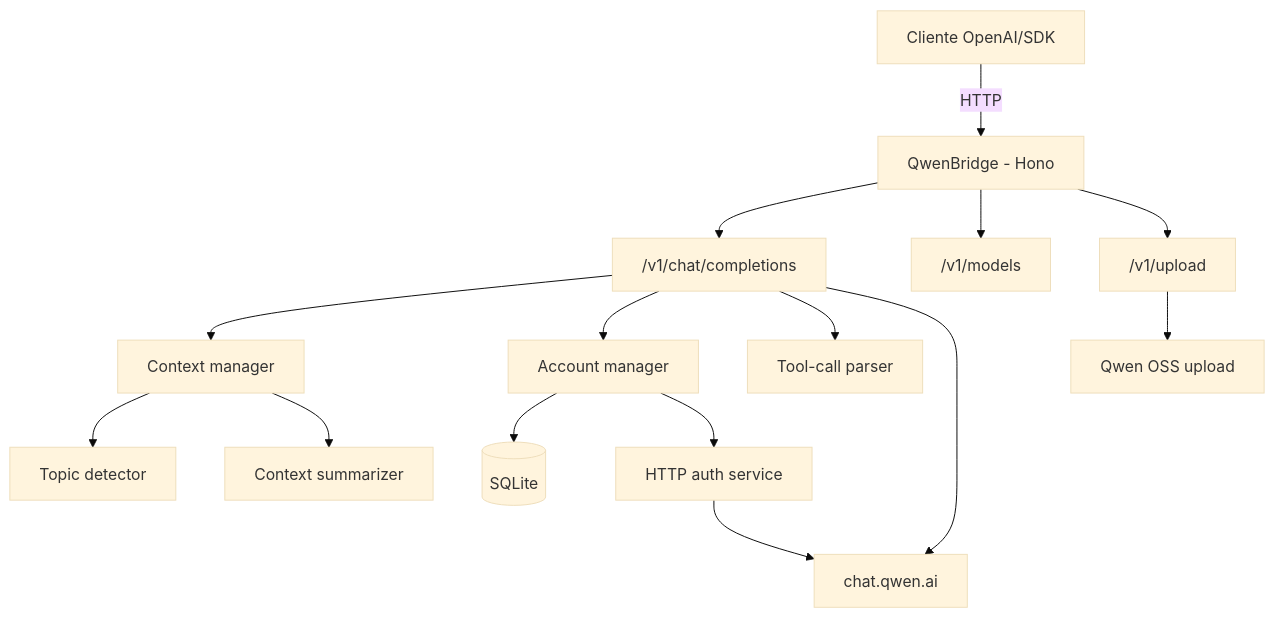
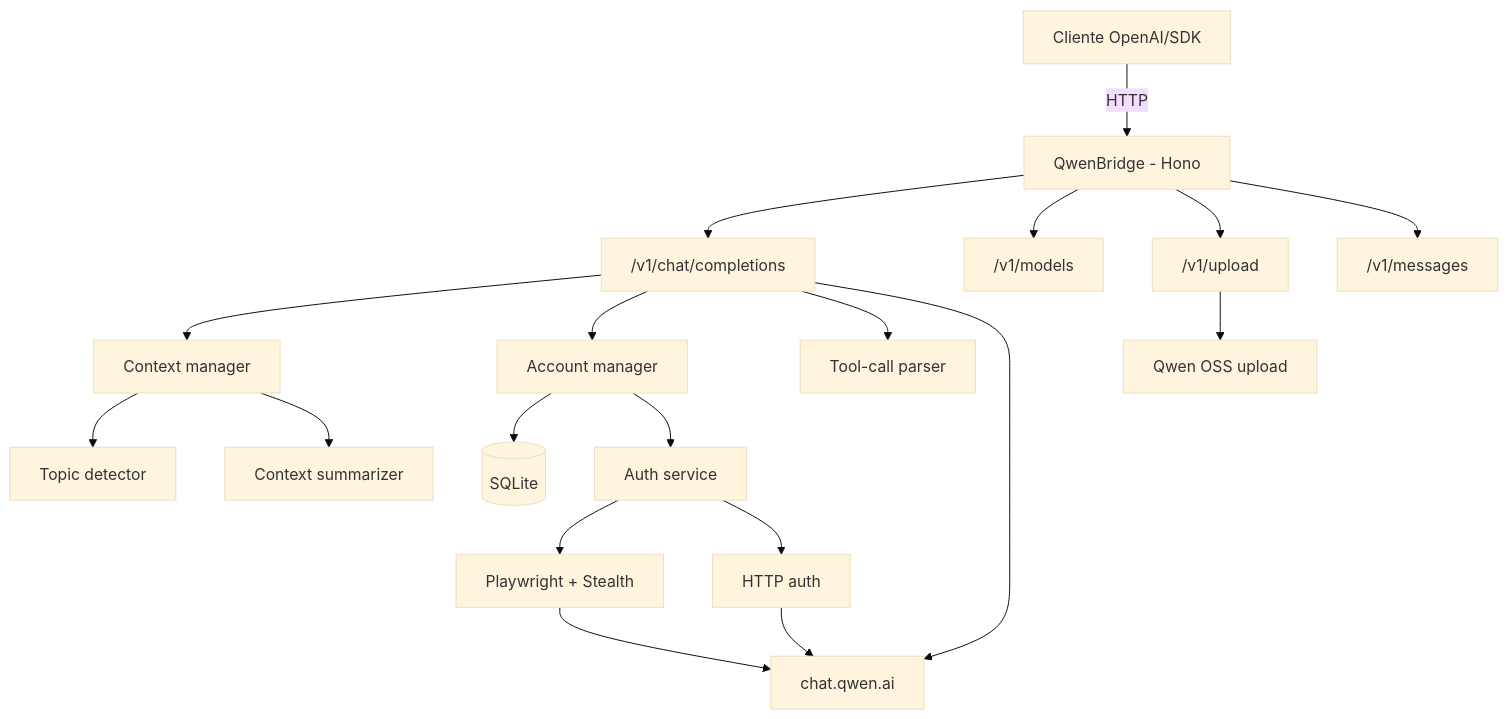
The diagram in README.md (johngbl/qwenproxy), drawn with Mermaid (base theme) before and after one commit. The commit also changed other lines of this file and 14 other files, not shown here.

First line of the commit message:
feat: Playwright with stealth, robust headers, dynamic timeouts

````diff
--- a/README.md
+++ b/README.md
@@ -32,17 +34,21 @@
 ```mermaid
 flowchart TD
     Client["Cliente OpenAI/SDK"] -->|HTTP| Proxy["QwenBridge - Hono"]
     Proxy --> Chat["/v1/chat/completions"]
     Proxy --> Models["/v1/models"]
     Proxy --> Upload["/v1/upload"]
+    Proxy --> Anthropic["/v1/messages"]
     Chat --> Context["Context manager"]
     Context --> Topic["Topic detector"]
     Context --> Summary["Context summarizer"]
     Chat --> Accounts["Account manager"]
     Accounts --> DB[("SQLite")]
-    Accounts --> Auth["HTTP auth service"]
-    Auth --> Qwen
+    Accounts --> Auth["Auth service"]
+    Auth --> Playwright["Playwright + Stealth"]
+    Auth --> HTTP["HTTP auth"]
+    Playwright --> Qwen
+    HTTP --> Qwen
     Chat --> Parser["Tool-call parser"]
     Chat --> Qwen["chat.qwen.ai"]
     Upload --> OSS["Qwen OSS upload"]
 ```
````
